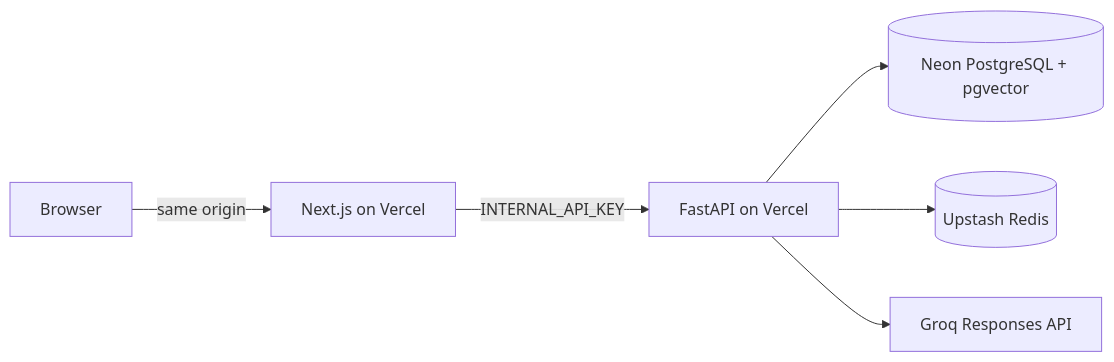
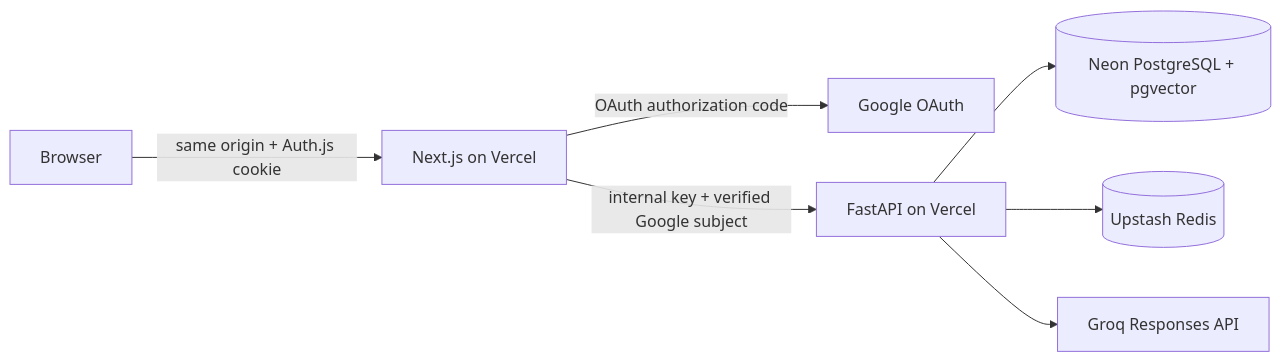
One commit to praveen202105/companion-ai-core-loop changed the diagram in docs/architecture.md. Above: the diagram before and after it, drawn with Mermaid. The commit also changed other lines of this file and 4 other files, not shown here.

Commit message:
docs(deploy): document Google OAuth configuration

````diff
--- a/docs/architecture.md
+++ b/docs/architecture.md
@@ -65,8 +65,9 @@
 ```mermaid
 flowchart LR
-    U[Browser] -->|same origin| W[Next.js on Vercel]
-    W -->|INTERNAL_API_KEY| A[FastAPI on Vercel]
+    U[Browser] -->|same origin + Auth.js cookie| W[Next.js on Vercel]
+    W -->|OAuth authorization code| G[Google OAuth]
+    W -->|internal key + verified Google subject| A[FastAPI on Vercel]
     A --> P[(Neon PostgreSQL + pgvector)]
     A --> R[(Upstash Redis)]
     A --> X[Groq Responses API]
 ```
````
